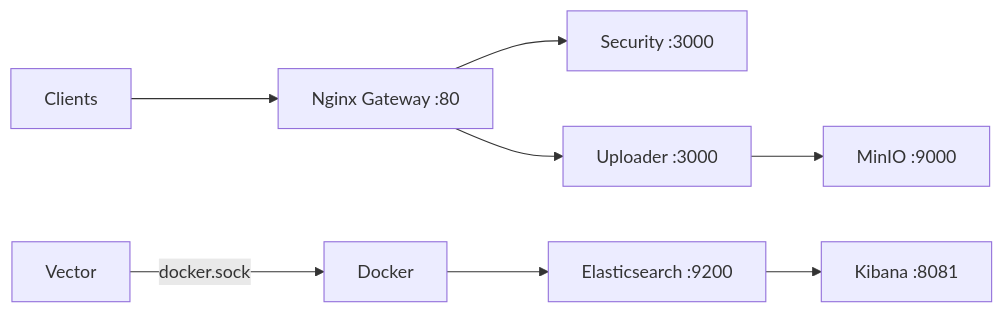
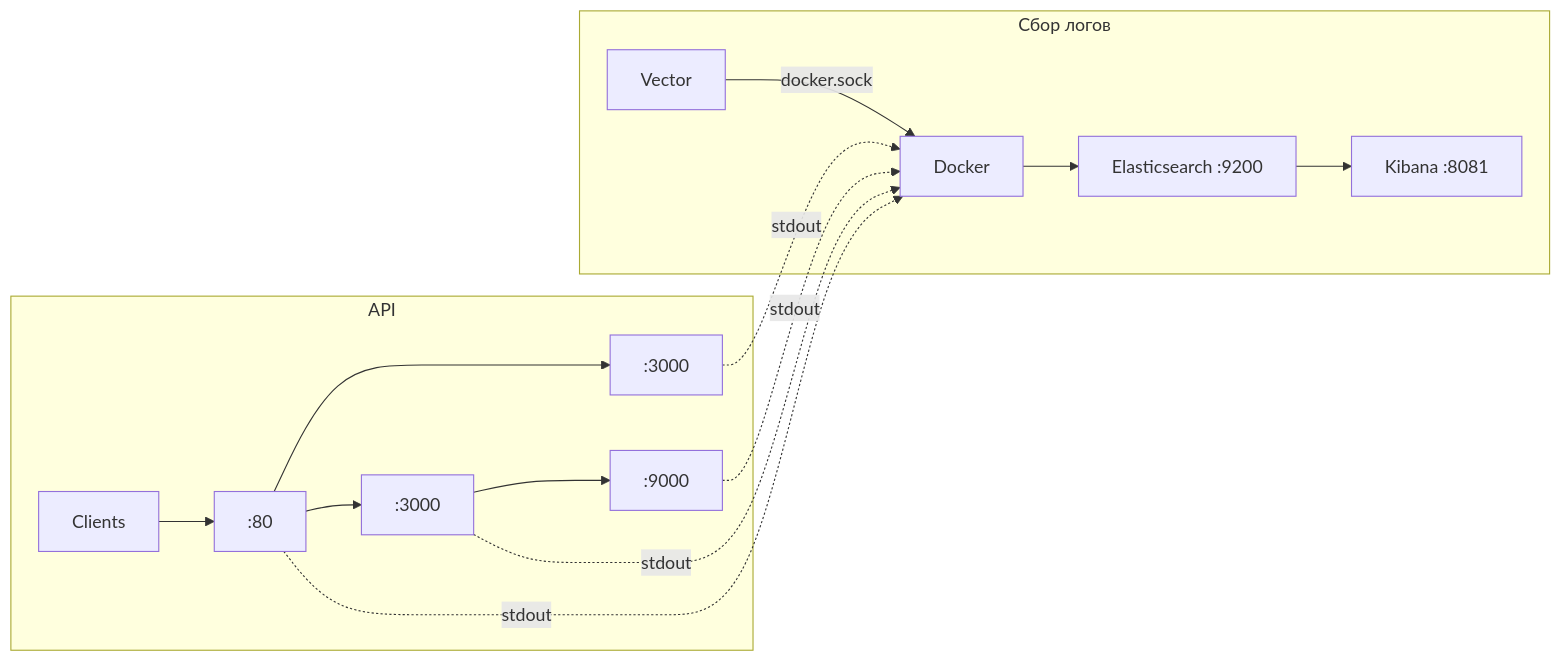
One commit to acider19/micros-homeworks changed the fourth of 5 diagrams in README.md. Above: the diagram before and after it, drawn with Mermaid. The commit also changed other lines of this file, not shown here.

Commit message:
дз4/5: Mermaid-диаграммы с subgraph'ами, убраны разделы исправлений

````diff
--- a/README.md
+++ b/README.md
@@ -132,10 +132,20 @@
 ```mermaid
 flowchart LR
-    Clients[Clients] --> Nginx[Nginx Gateway :80]
-    Nginx --> Security[Security :3000]
-    Nginx --> Uploader[Uploader :3000]
-    Uploader --> MinIO[MinIO :9000]
-    Vector[Vector] -->|docker.sock| Docker[Docker]
-    Docker --> ES[Elasticsearch :9200]
-    ES --> Kibana[Kibana :8081]
+    subgraph api ["API"]
+        Clients --> Nginx[:80]
+        Nginx --> Security[:3000]
+        Nginx --> Uploader[:3000]
+        Uploader --> MinIO[:9000]
+    end
+
+    subgraph logs ["Сбор логов"]
+        Vector -->|docker.sock| Docker
+        Docker --> ES[Elasticsearch :9200]
+        ES --> Kibana[Kibana :8081]
+    end
+
+    Security -.->|stdout| Docker
+    Uploader -.->|stdout| Docker
+    Nginx -.->|stdout| Docker
+    MinIO -.->|stdout| Docker
 ```
````
